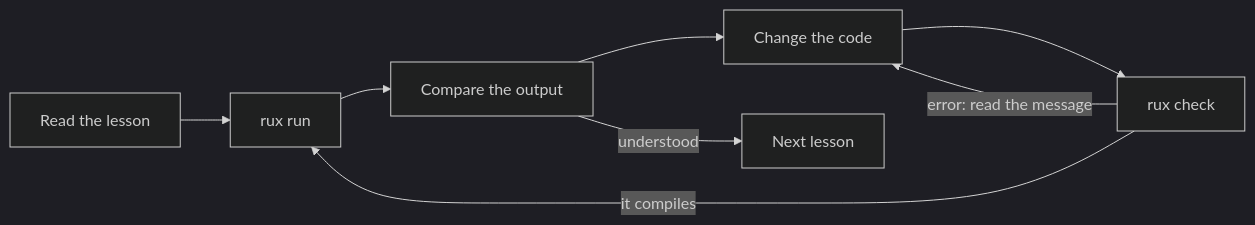
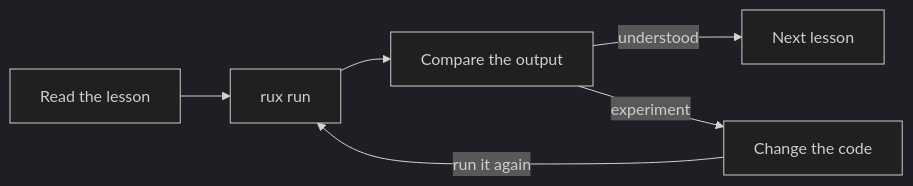
One commit to rux-lang/Web changed the diagram in content/docs/1.learn/00.index.md. Above: the diagram before and after it, drawn with Mermaid (dark theme). The commit also changed other lines of this file and 1 other file, not shown here.

Commit message:
Redesign the course road map and the course-home diagram
The road map on /docs/learn is now a syllabus: one panel per stage and one row per part with its number, icon, summary and lesson count, instead of cards nested in boxes, and it no longer repeats the checkpoints the "Checkpoint projects" table lists further down. The "How the course works" diagram is now a compact loop that stays horizontal on a desktop column, dropping the separate rux check step because rux run compiles first. The road map's introduction links to the checkpoint table instead of pointing at flags the cards no longer show.

````diff
--- a/content/docs/1.learn/00.index.md
+++ b/content/docs/1.learn/00.index.md
@@ -32,10 +32,8 @@
 ```mermaid
 flowchart LR
     read["Read the lesson"] --> run["`rux run`"]
     run --> compare["Compare the output"]
-    compare --> change["Change the code"]
-    change --> check["`rux check`"]
-    check -- "error: read the message" --> change
-    check -- "it compiles" --> run
     compare -- "understood" --> next["Next lesson"]
+    compare -- "experiment" --> change["Change the code"]
+    change -- "run it again" --> run
 ```
````
